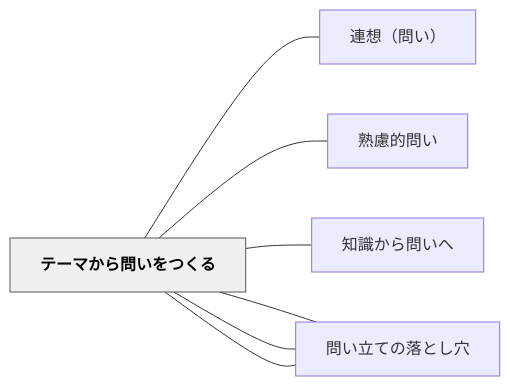
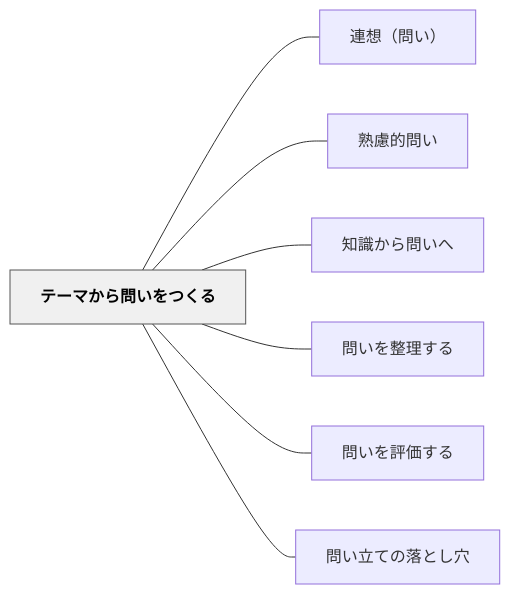
The diagram in content/パタン/テーマから問いをつくる.md (unknownthings-ed-patterns/unknownthings-ed-patterns), drawn with Mermaid before and after one commit. The commit also changed 527 other files, not shown here.

````diff
--- a/content/パタン/テーマから問いをつくる.md
+++ b/content/パタン/テーマから問いをつくる.md
@@ -52,20 +52,20 @@
 ```mermaid
 flowchart LR
-    ne38386e383bc["テーマから問いをつくる"]
-    ne980a3e683b3["連想（問い）"]
-    ne7869fe685ae["熟慮的問い"]
-    ne79fa5e8ad98["知識から問いへ"]
-    ne5958fe38184["問いを整理する"]
-    ne5958fe38184["問いを評価する"]
-    ne5958fe38184["問い立ての落とし穴"]
+    ne38386e383bce3839ee3818be38289e5958fe38184e38292e381a4e3818fe3828b["テーマから問いをつくる"]
+    ne980a3e683b3efbc88e5958fe38184efbc89["連想（問い）"]
+    ne7869fe685aee79a84e5958fe38184["熟慮的問い"]
+    ne79fa5e8ad98e3818be38289e5958fe38184e381b8["知識から問いへ"]
+    ne5958fe38184e38292e695b4e79086e38199e3828b["問いを整理する"]
+    ne5958fe38184e38292e8a995e4bea1e38199e3828b["問いを評価する"]
+    ne5958fe38184e7ab8be381a6e381aee890bde381a8e38197e7a9b4["問い立ての落とし穴"]
 
-    ne38386e383bc --- ne980a3e683b3
-    ne38386e383bc --- ne7869fe685ae
-    ne38386e383bc --- ne79fa5e8ad98
-    ne38386e383bc --- ne5958fe38184
-    ne38386e383bc --- ne5958fe38184
-    ne38386e383bc --- ne5958fe38184
+    ne38386e383bce3839ee3818be38289e5958fe38184e38292e381a4e3818fe3828b --- ne980a3e683b3efbc88e5958fe38184efbc89
+    ne38386e383bce3839ee3818be38289e5958fe38184e38292e381a4e3818fe3828b --- ne7869fe685aee79a84e5958fe38184
+    ne38386e383bce3839ee3818be38289e5958fe38184e38292e381a4e3818fe3828b --- ne79fa5e8ad98e3818be38289e5958fe38184e381b8
+    ne38386e383bce3839ee3818be38289e5958fe38184e38292e381a4e3818fe3828b --- ne5958fe38184e38292e695b4e79086e38199e3828b
+    ne38386e383bce3839ee3818be38289e5958fe38184e38292e381a4e3818fe3828b --- ne5958fe38184e38292e8a995e4bea1e38199e3828b
+    ne38386e383bce3839ee3818be38289e5958fe38184e38292e381a4e3818fe3828b --- ne5958fe38184e7ab8be381a6e381aee890bde381a8e38197e7a9b4
 
     classDef hub fill:#f0f0f0,stroke:#555,color:#000,font-weight:bold
-    class ne38386e383bc hub
+    class ne38386e383bce3839ee3818be38289e5958fe38184e38292e381a4e3818fe3828b hub
 ```
````
